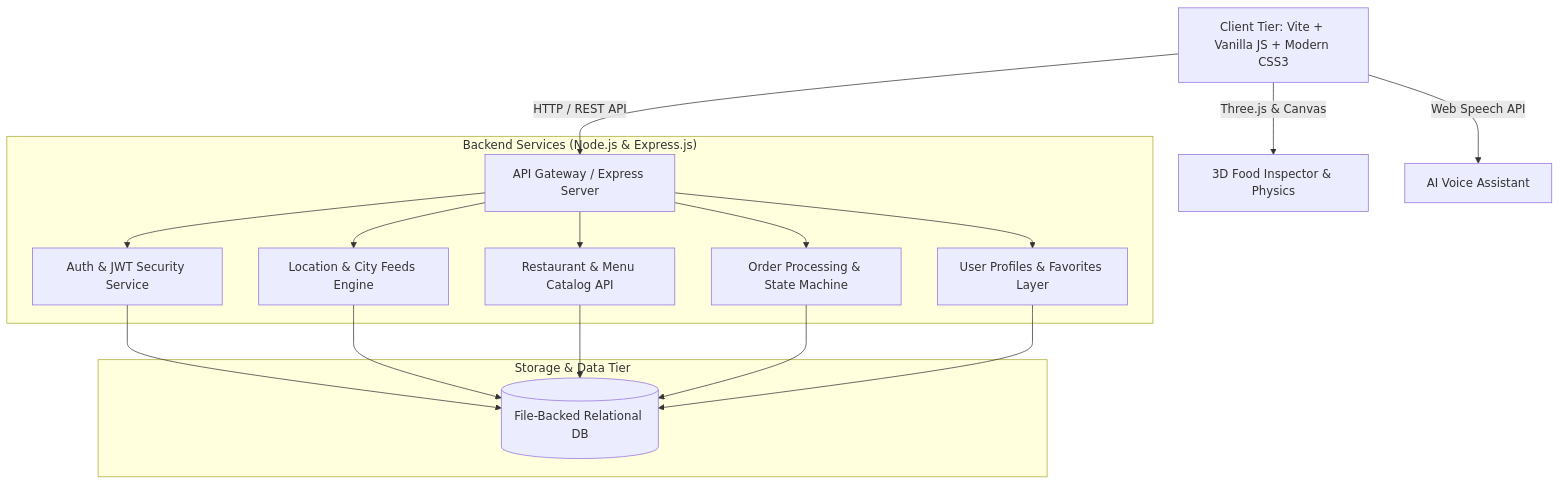
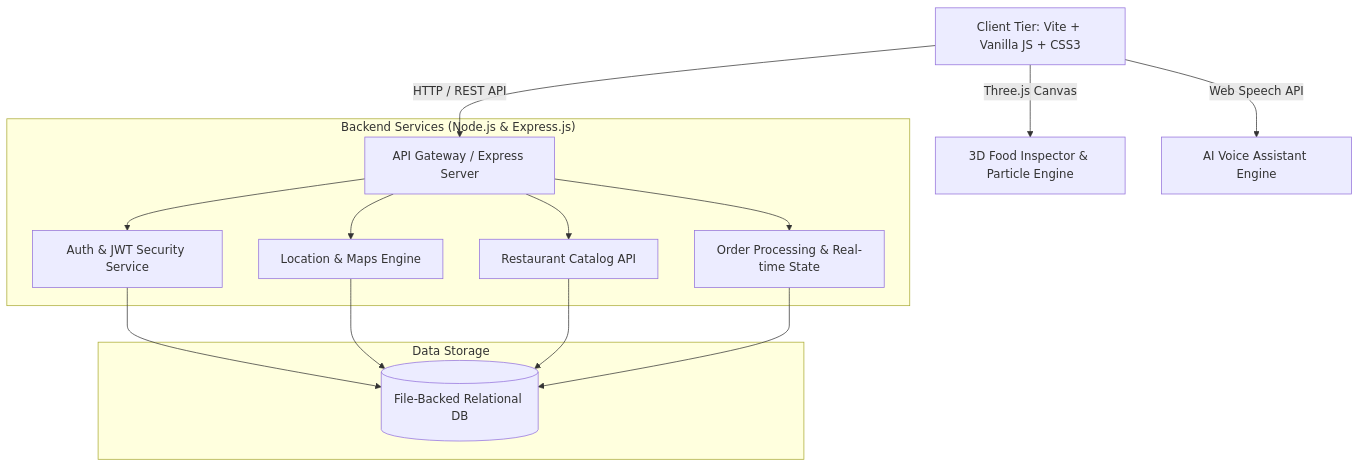
Before and after one commit to zeeshansaeed6/FoodDash: the diagram in README.md, drawn with Mermaid. The commit also changed other lines of this file, not shown here.

````diff
--- a/README.md
+++ b/README.md
@@ -74,18 +109,17 @@
 ```mermaid
 graph TD
-    A[Client Tier: Vite + Vanilla JS + Modern CSS3] -->|HTTP / REST API| B[API Gateway / Express Server]
-    A -->|Three.js & Canvas| G[3D Food Inspector & Physics]
-    A -->|Web Speech API| H[AI Voice Assistant]
+    A[Client Tier: Vite + Vanilla JS + CSS3] -->|HTTP / REST API| B[API Gateway / Express Server]
+    A -->|Three.js Canvas| G[3D Food Inspector & Particle Engine]
+    A -->|Web Speech API| H[AI Voice Assistant Engine]
     
     subgraph "Backend Services (Node.js & Express.js)"
         B --> C[Auth & JWT Security Service]
-        B --> D[Location & City Feeds Engine]
-        B --> E[Restaurant & Menu Catalog API]
-        B --> F[Order Processing & State Machine]
-        B --> I[User Profiles & Favorites Layer]
+        B --> D[Location & Maps Engine]
+        B --> E[Restaurant Catalog API]
+        B --> F[Order Processing & Real-time State]
     end
     
-    subgraph "Storage & Data Tier"
-        C & D & E & F & I --> J[(File-Backed Relational DB)]
+    subgraph "Data Storage"
+        C & D & E & F --> J[(File-Backed Relational DB)]
     end
 ```
````
